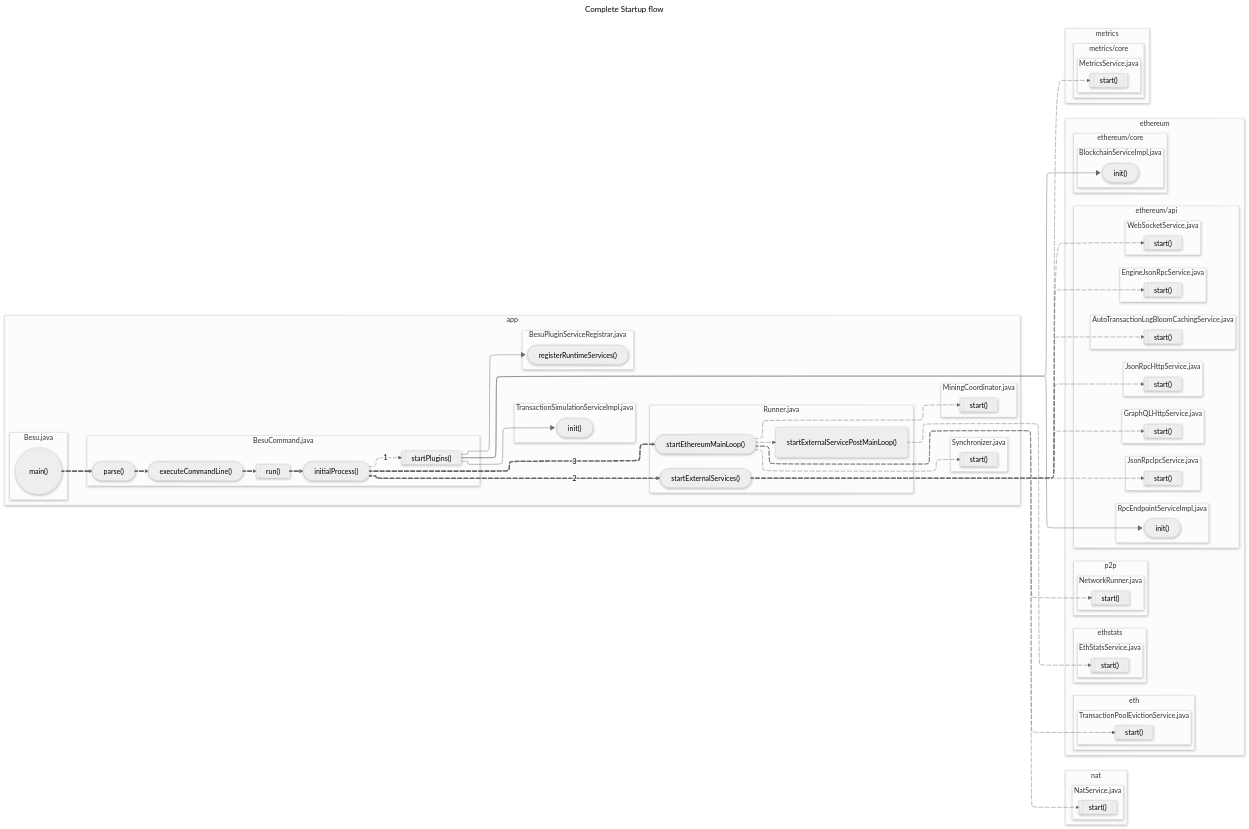
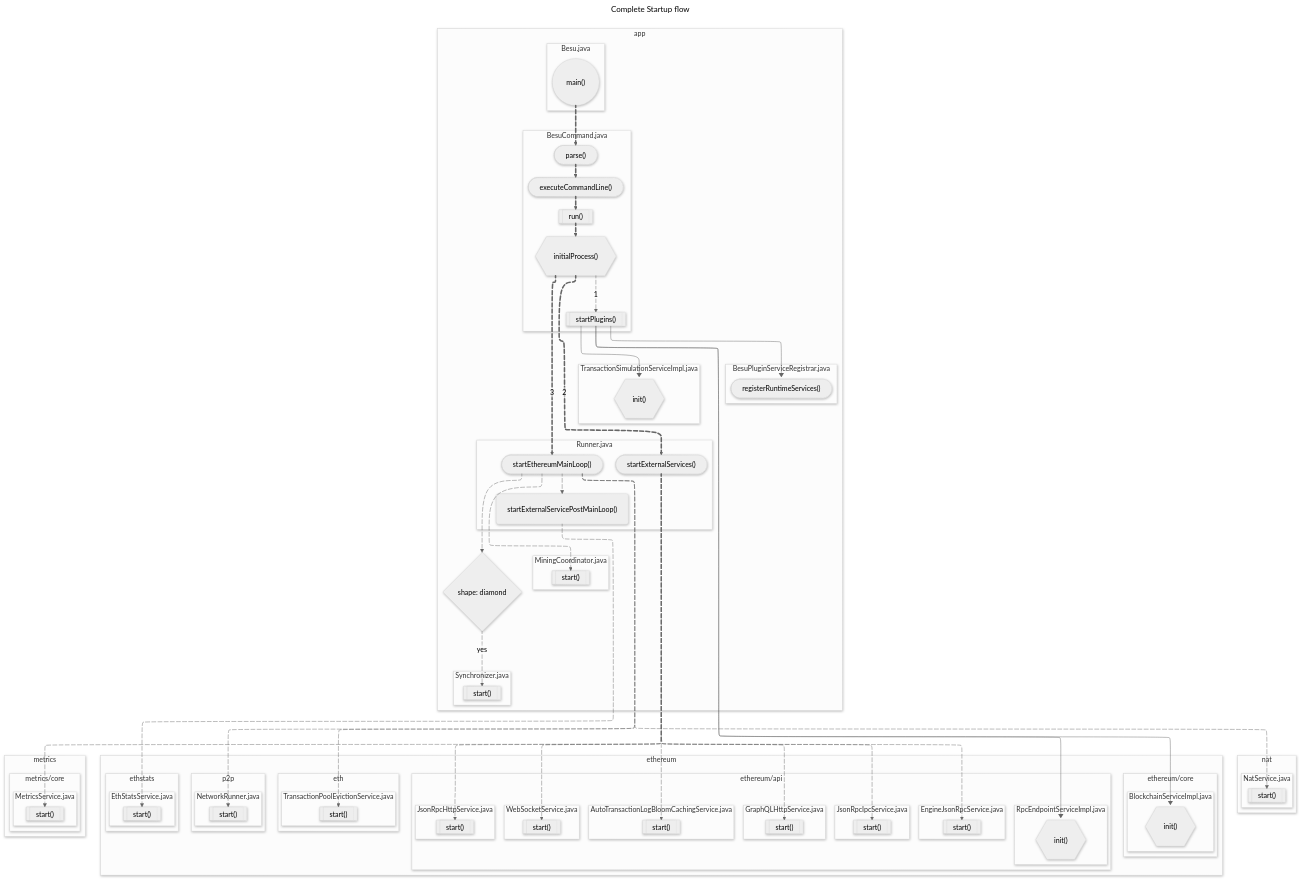
One commit to mimanshumaheshwari-zeeve/besu-flow-documentation changed the diagram in diagrams/startup/BESU-STARTUP-000-birdview.mmd. Above: the diagram before and after it, drawn with Mermaid. The commit also changed 3 other files, not shown here.

Commit message:
Update: start plugin flow

```diff
--- a/diagrams/startup/BESU-STARTUP-000-birdview.mmd
+++ b/diagrams/startup/BESU-STARTUP-000-birdview.mmd
@@ -1,179 +1,180 @@
 ---
 title: "Complete Startup flow"
 config:
   layout: elk
   htmlLabels: false
   theme: neutral
   look: neo
   elk:
     mergeEdges: true
     nodePlacementStrategy: LINEAR_SEGMENTS
     nodePlacementAlignment: BALANCED
     keepEntryNodeOnTop: true
   flowchart:
     defaultRenderer : elk
     wrappingWidth: 350
     padding: 25
     inheritDir: false
     nodeSpacing: 20
     rankSpacing: 40
 ---
-flowchart LR
+flowchart 
 
   %% nat module %%
   subgraph "nat"
     subgraph "NatService.java"
       nat_start[["`start()`"]]
     end
   end
 
   %% ethereum module %%
   subgraph ethereum 
     subgraph "ethereum/api"
       direction TD
       subgraph "RpcEndpointServiceImpl.java"
-        rpcEndpointServiceImpl_init(["`init()`"])
+        rpcEndpointServiceImpl_init{{"`init()`"}}
       end
       subgraph "JsonRpcHttpService.java"
         ethereum_api_json_rpc_http_service_start[["`start()`"]]
       end
       subgraph "EngineJsonRpcService.java"
         ethereum_api_engine_api_service_start[["`start()`"]]
       end
       subgraph "GraphQLHttpService.java"
         ethereum_api_grpahql_http_service_start[["`start()`"]]
       end
       subgraph "WebSocketService.java"
         ethereum_api_websocket_service_start[["`start()`"]]
       end
       subgraph "JsonRpcIpcService.java"
         ethereum_api_json_rpc_ipc_service_start[["`start()`"]]
       end
       subgraph "AutoTransactionLogBloomCachingService.java"
         autotransactionlogbloomcachingservice_start[["`start()`"]]
       end
     end
     subgraph "ethereum/core"
       subgraph "BlockchainServiceImpl.java"
-        blockchain_service_impl_init(["`init()`"])
+        blockchain_service_impl_init{{"`init()`"}}
       end
     end
     %% p2p module %%
     subgraph p2p 
       subgraph "NetworkRunner.java"
         networkrunner_start[["`start()`"]]
       end
     end
     subgraph "eth"
       subgraph "TransactionPoolEvictionService.java"
         transactionPoolEvictionService_start[["`start()`"]]
       end
     end
     subgraph "ethstats"
       subgraph "EthStatsService.java"
         ethstatsservece_start[["`start()`"]]
       end
     end
   end
 
   subgraph "metrics"
     direction LR
     subgraph "metrics/core"
       subgraph "MetricsService.java"
         metrics_service_start[["`start()`"]]
       end
     end
   end
 
   %% app module %%
   subgraph "app"
     subgraph BesuPluginServiceRegistrar.java 
       registerRuntimeServices(["`registerRuntimeServices()`"])
     end
 
     subgraph "TransactionSimulationServiceImpl.java"
-      TransactionSimulationServiceImpl_init(["`init()`"])
+      TransactionSimulationServiceImpl_init{{"`init()`"}}
     end
 
     subgraph "Besu.java"
       main(("`main()`"))
     end
 
     subgraph "Runner.java"
       startEthereumMainLoop(["`startEthereumMainLoop()`"])
       startExternalServicePostMainLoop("`startExternalServicePostMainLoop()`")
       startExternalServices(["`startExternalServices()`"])
       startEthereumMainLoop e6@--> startExternalServicePostMainLoop
     end
 
     subgraph "MiningCoordinator.java"
       mining_coordinator_start[["`start()`"]]
     end
 
     subgraph "Synchronizer.java"
       synchronizer_start[["`start()`"]]
     end
 
     subgraph BesuCommand.java 
-      initialProcess(["`initialProcess()`"])
+      initialProcess{{"`initialProcess()`"}}
       parse(["`parse()`"])
       executeCommandLine(["`executeCommandLine()`"])
       run[["`run()`"]]
       startPlugins[["`startPlugins()`"]]
 
       parse e2@==> executeCommandLine
       executeCommandLine e3@==> run
       run e4@==> initialProcess
       initialProcess e11@-->|1| startPlugins
     end
 
     main e1@==> parse
     initialProcess e5@==>|3| startEthereumMainLoop
     initialProcess e14@==>|2| startExternalServices
     startEthereumMainLoop e9@--> nat_start
     startEthereumMainLoop e7@--> networkrunner_start
     startEthereumMainLoop e8@--> transactionPoolEvictionService_start
     startExternalServicePostMainLoop e10@--> ethstatsservece_start
     startEthereumMainLoop e12@--> mining_coordinator_start
-    startEthereumMainLoop e13@--> synchronizer_start
+    startEthereumMainLoop e25@--> p2pEnabled{shape: diamond} e13@-->|yes| synchronizer_start
 
     startPlugins --> registerRuntimeServices
   end
 
   startExternalServices e15@--> metrics_service_start
   startExternalServices e16@--> ethereum_api_json_rpc_http_service_start
   startExternalServices e17@--> ethereum_api_engine_api_service_start
   startExternalServices e18@--> ethereum_api_grpahql_http_service_start
   startExternalServices e19@--> ethereum_api_websocket_service_start
   startExternalServices e20@--> ethereum_api_json_rpc_ipc_service_start
   startExternalServices e21@--> autotransactionlogbloomcachingservice_start
 
   startPlugins e23@--> TransactionSimulationServiceImpl_init
   startPlugins e24@ --> rpcEndpointServiceImpl_init
   startPlugins e22@--> blockchain_service_impl_init
 
 %% animate edges %%
 e1@{animate : true}
 e2@{animate : true}
 e3@{animate : true}
 e4@{animate : true}
 e5@{animate : true}
 e6@{animate : true}
 e7@{animate : true}
 e8@{animate : true}
 e9@{animate : true}
 e10@{animate : true}
 e11@{animate : true}
 e12@{animate : true}
 e13@{animate : true}
 e14@{animate : true}
 e15@{animate : true}
 e16@{animate : true}
 e17@{animate : true}
 e18@{animate : true}
 e19@{animate : true}
 e20@{animate : true}
 e21@{animate : true}
 e22@{animate : false}
 e23@{animate : false}
 e24@{animate : false}
+e25@{animate : true}
```
